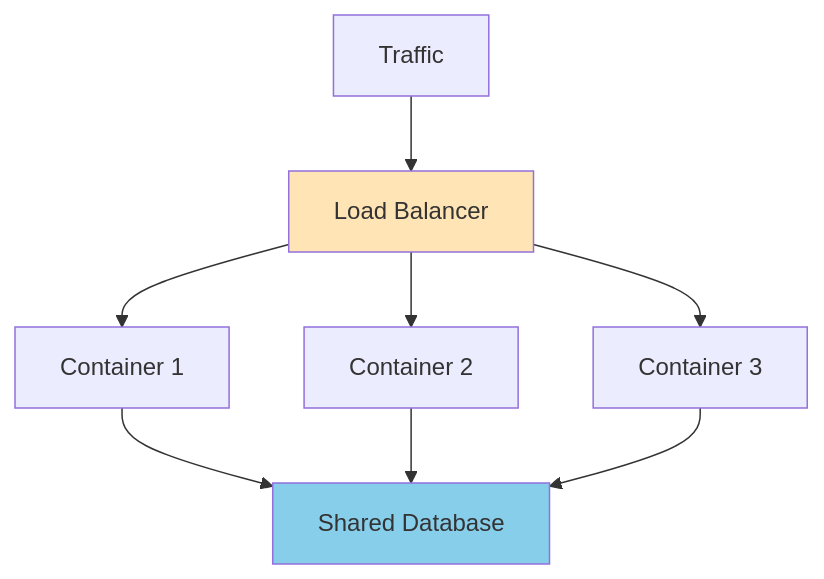
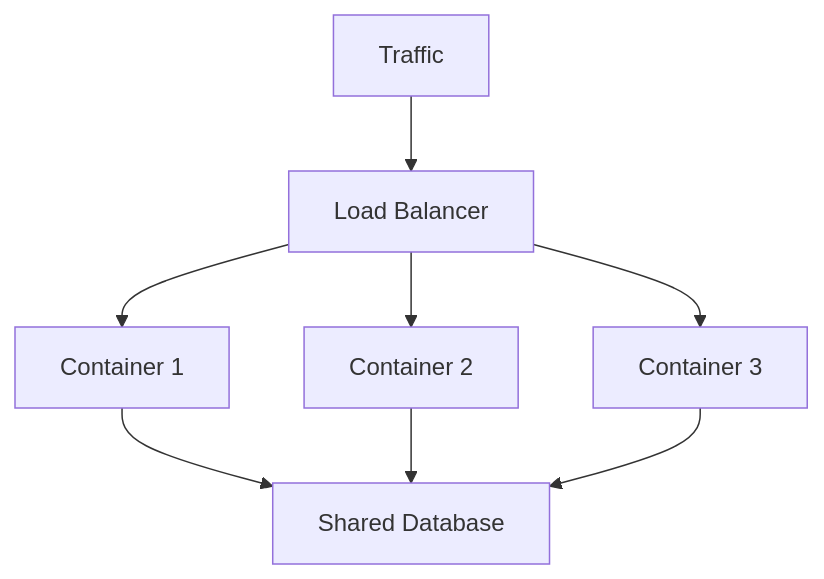
One commit to 4gh0rn/dev-blog changed the fourth of 4 diagrams in docs/projects/baby-tools-shop.md. Above: the diagram before and after it, drawn with Mermaid. The commit also changed other lines of this file and 17 other files, not shown here.

````diff
--- a/docs/projects/baby-tools-shop.md
+++ b/docs/projects/baby-tools-shop.md
@@ -137,15 +128,12 @@
 ```mermaid
 graph TB
     A[Load Balancer] --> B[Container 1]
     A --> C[Container 2]
     A --> D[Container 3]
     
     B --> E[Shared Database]
     C --> E
     D --> E
     
     F[Traffic] --> A
-    
-    style A fill:#FFE4B5
-    style E fill:#87CEEB
 ```
````
